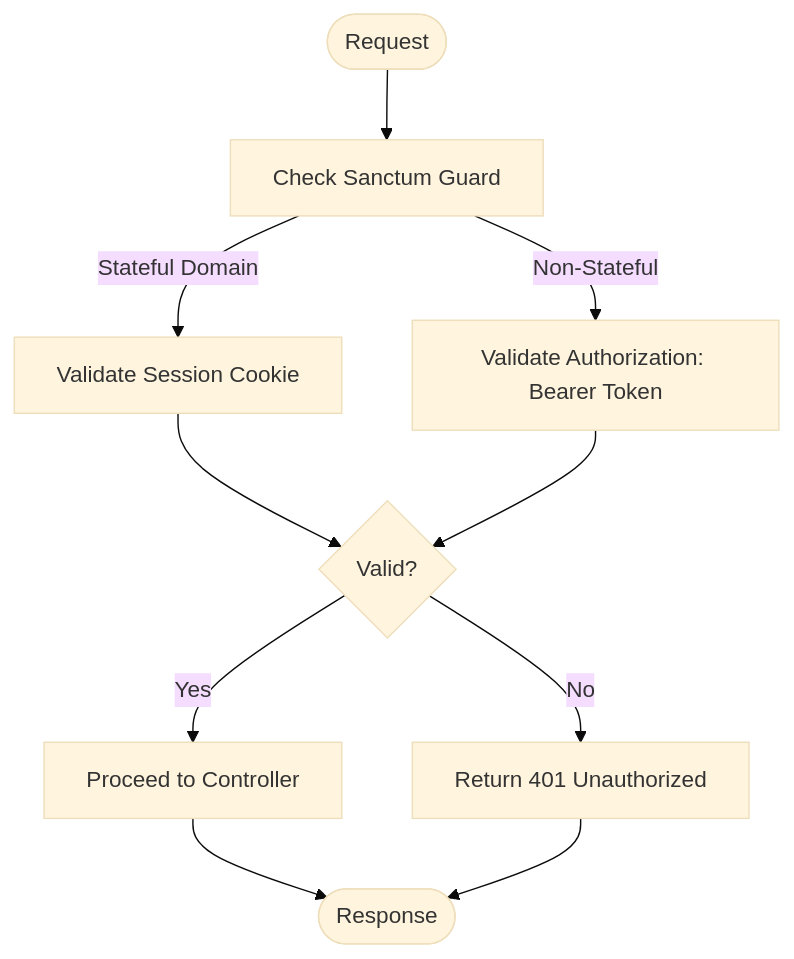
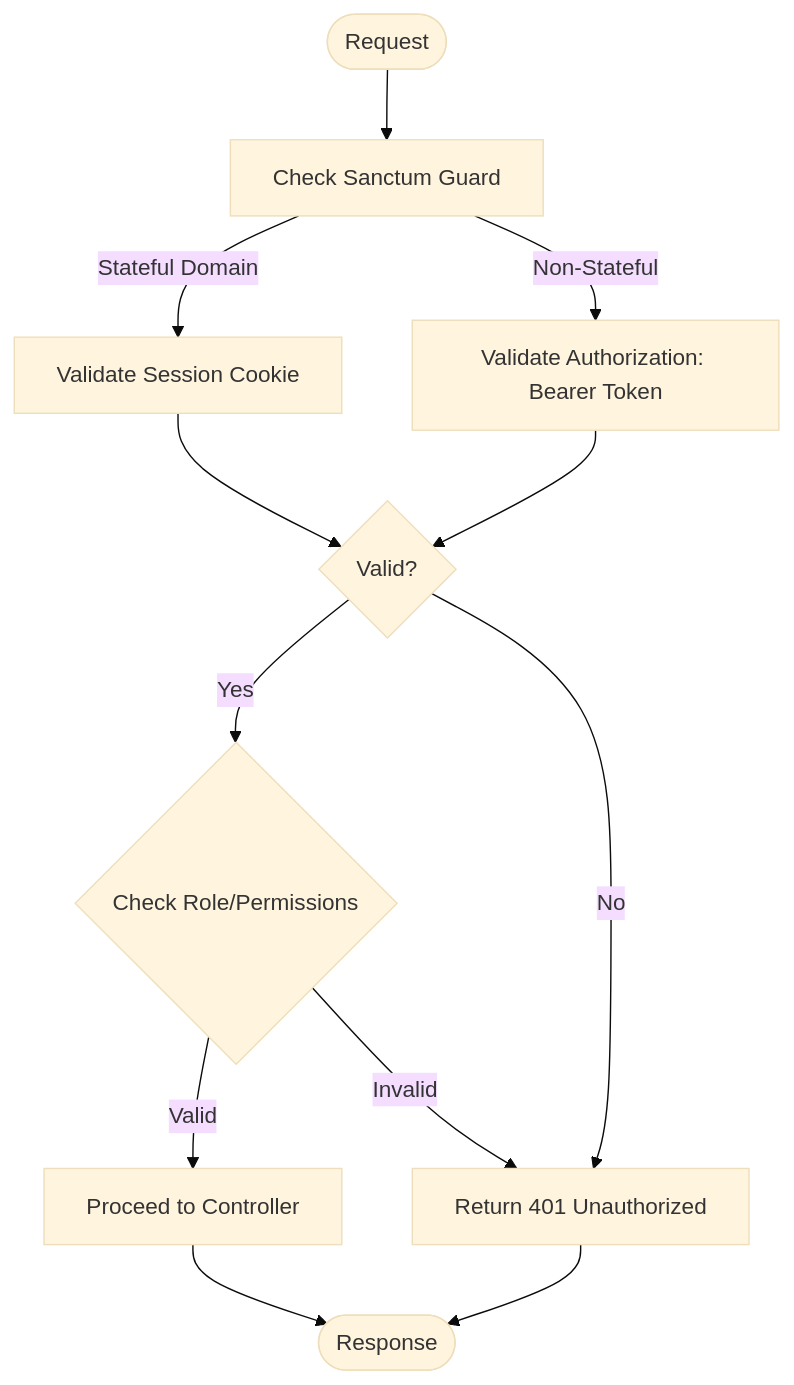
Before and after one commit to mahbub095/bus-app: the fourth of 5 diagrams in .qoder/repowiki/en/content/Backend API/Authentication API.md, drawn with Mermaid (base theme). The commit also changed other lines of this file and 460 other files, not shown here.

````diff
--- a/.qoder/repowiki/en/content/Backend API/Authentication API.md
+++ b/.qoder/repowiki/en/content/Backend API/Authentication API.md
@@ -271,12 +390,14 @@
 ```mermaid
 flowchart TD
 Start(["Request"]) --> CheckAuth["Check Sanctum Guard"]
 CheckAuth --> |Stateful Domain| CookieFlow["Validate Session Cookie"]
 CheckAuth --> |Non-Stateful| TokenFlow["Validate Authorization: Bearer Token"]
 CookieFlow --> Valid{"Valid?"}
 TokenFlow --> Valid
-Valid --> |Yes| Proceed["Proceed to Controller"]
+Valid --> |Yes| CheckRole{"Check Role/Permissions"}
 Valid --> |No| Deny["Return 401 Unauthorized"]
+CheckRole --> |Valid| Proceed["Proceed to Controller"]
+CheckRole --> |Invalid| Deny
 Proceed --> End(["Response"])
 Deny --> End
 ```
````
